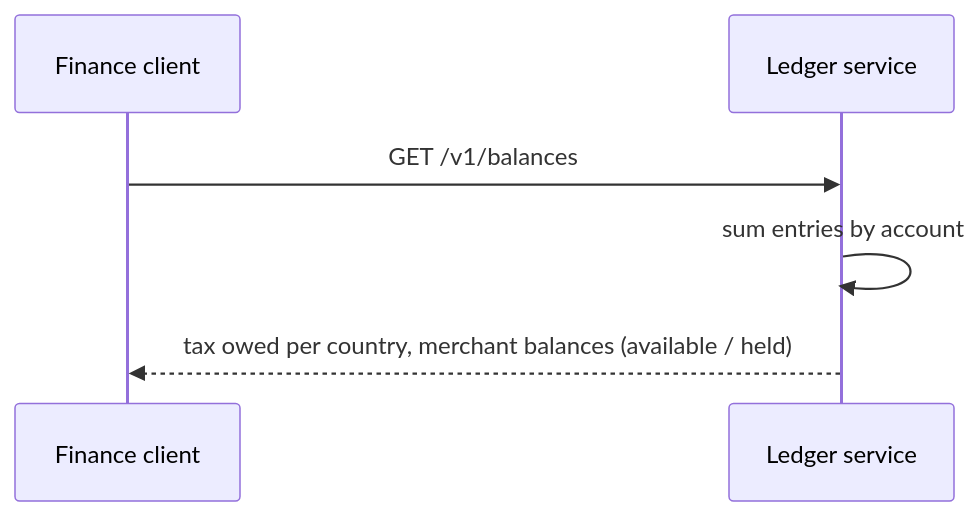
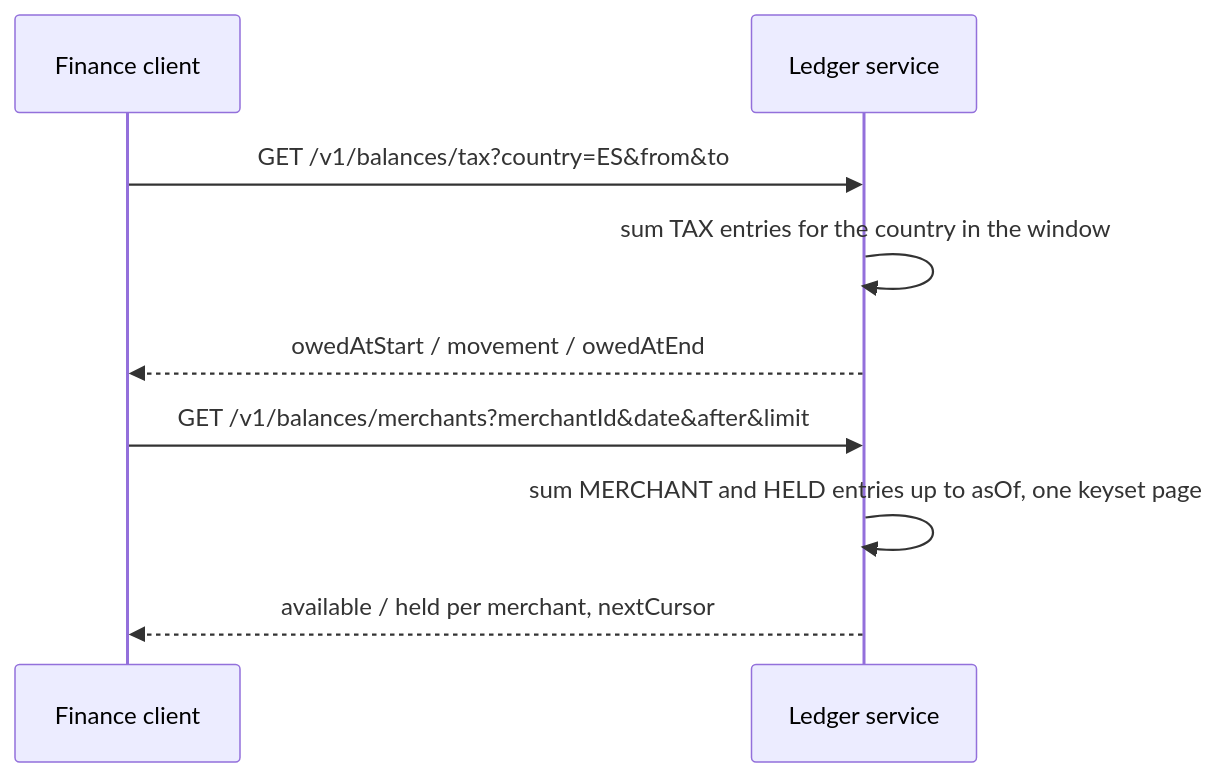
The third of 5 diagrams in README.md (Pixhunter/Ledger), drawn with Mermaid before and after one commit. The commit also changed other lines of this file and 47 other files, not shown here.

````diff
--- a/README.md
+++ b/README.md
@@ -183,8 +185,11 @@
 ```mermaid
 sequenceDiagram
     participant C as Finance client
     participant L as Ledger service
-    C->>L: GET /v1/balances
-    L->>L: sum entries by account
-    L-->>C: tax owed per country, merchant balances (available / held)
+    C->>L: GET /v1/balances/tax?country=ES&from&to
+    L->>L: sum TAX entries for the country in the window
+    L-->>C: owedAtStart / movement / owedAtEnd
+    C->>L: GET /v1/balances/merchants?merchantId&date&after&limit
+    L->>L: sum MERCHANT and HELD entries up to asOf, one keyset page
+    L-->>C: available / held per merchant, nextCursor
 ```
````
